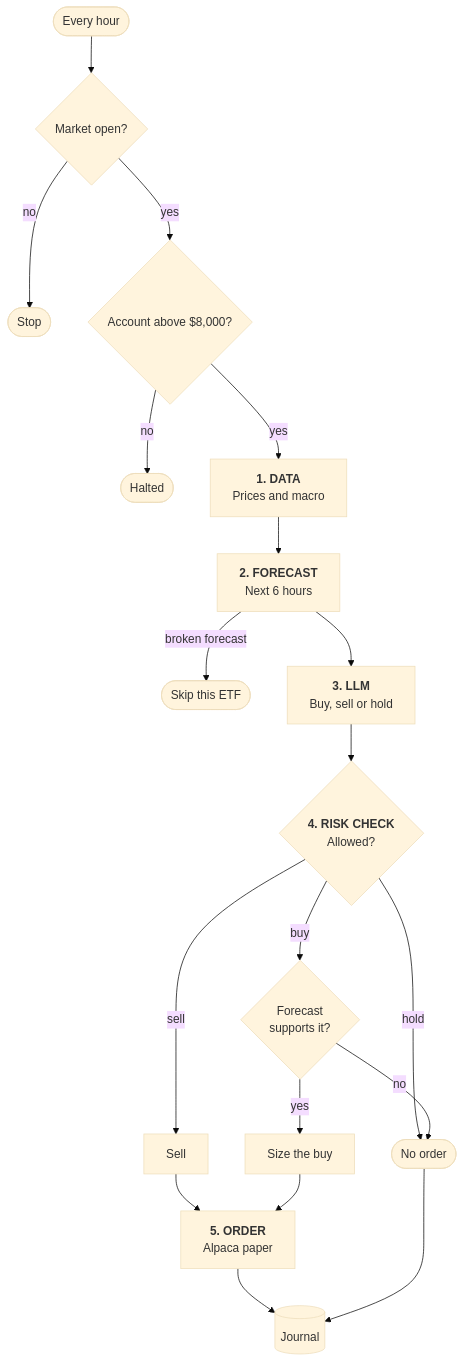
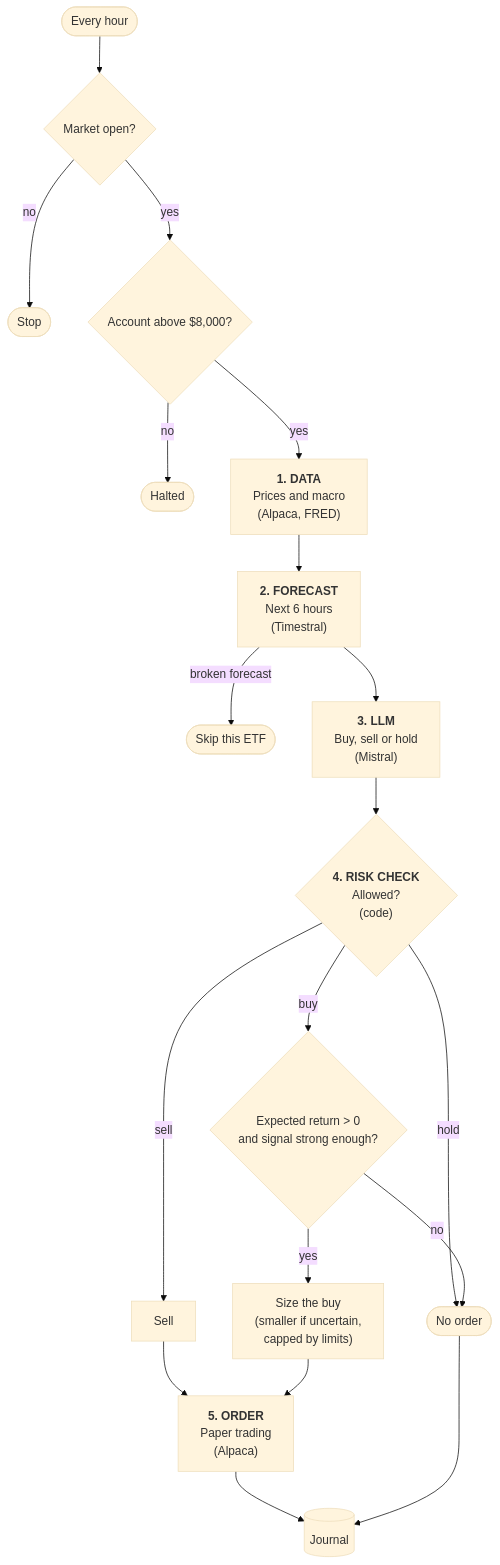
Before and after one commit to capucine-masson/paper-trading: the diagram in README.md, drawn with Mermaid (base theme).

Commit message:
maj readme

````diff
--- a/README.md
+++ b/README.md
@@ -43,21 +43,21 @@
 ```mermaid
 flowchart TD
     S([Every hour]) --> C{Market open?}
     C -- no --> X([Stop])
     C -- yes --> H{Account above $8,000?}
     H -- no --> HX([Halted])
-    H -- yes --> D["<b>1. DATA</b><br/>Prices and macro"]
-    D --> T["<b>2. FORECAST</b><br/>Next 6 hours"]
+    H -- yes --> D["<b>1. DATA</b><br/>Prices and macro<br/>(Alpaca, FRED)"]
+    D --> T["<b>2. FORECAST</b><br/>Next 6 hours<br/>(Timestral)"]
     T -->|broken forecast| N([Skip this ETF])
-    T --> L["<b>3. LLM</b><br/>Buy, sell or hold"]
-    L --> R{"<b>4. RISK CHECK</b><br/>Allowed?"}
+    T --> L["<b>3. LLM</b><br/>Buy, sell or hold<br/>(Mistral)"]
+    L --> R{"<b>4. RISK CHECK</b><br/>Allowed?<br/>(code)"}
     R -->|hold| V([No order])
     R -->|sell| SO[Sell]
-    R -->|buy| G{Forecast<br/>supports it?}
+    R -->|buy| G{Expected return > 0<br/>and signal strong enough?}
     G -- no --> V
-    G -- yes --> Z[Size the buy]
+    G -- yes --> Z["Size the buy<br/>(smaller if uncertain,<br/>capped by limits)"]
     SO --> O
-    Z --> O["<b>5. ORDER</b><br/>Alpaca paper"]
+    Z --> O["<b>5. ORDER</b><br/>Paper trading<br/>(Alpaca)"]
     O --> J[(Journal)]
     V --> J
 ```
````
